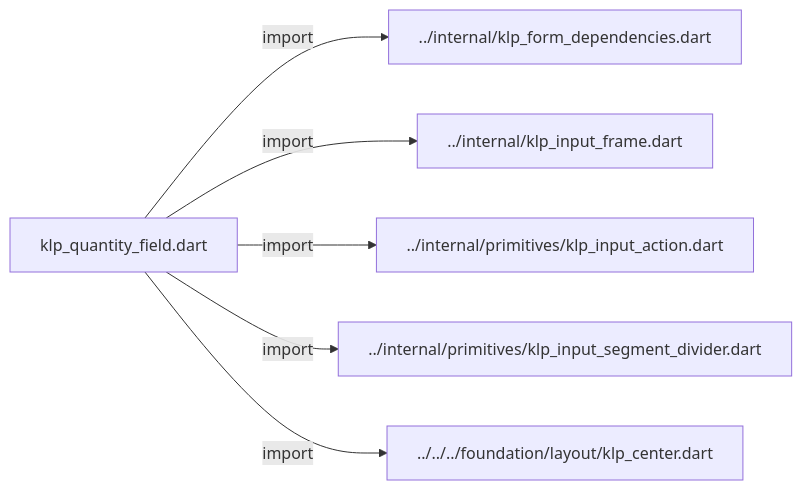
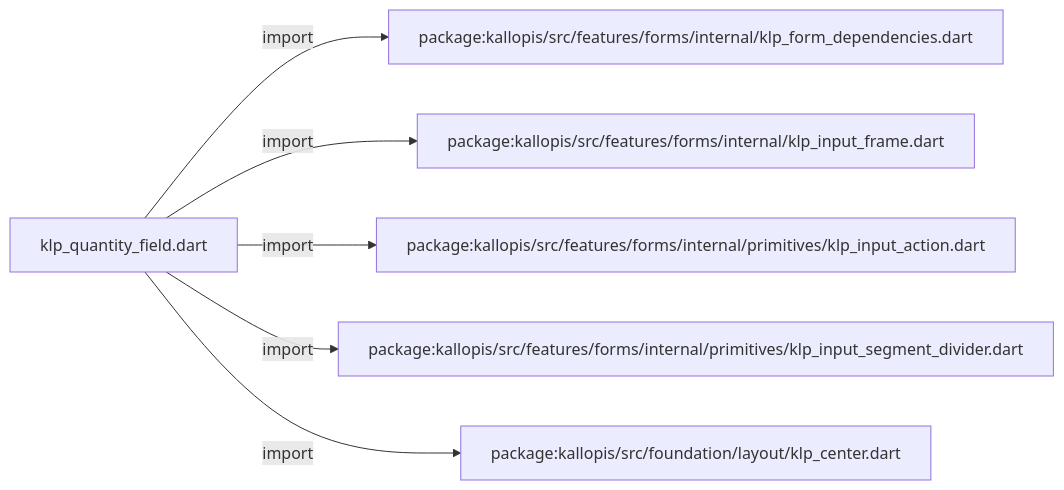
Before and after one commit to MiuDog/Kallopis: the first of 3 diagrams in docs/architecture/src/features/forms/input/klp_quantity_field.md, drawn with Mermaid. The commit also changed other lines of this file and 9688 other files, not shown here.

Commit message:
Prepare isolated Flow F2 peer baseline

````diff
--- a/docs/architecture/src/features/forms/input/klp_quantity_field.md
+++ b/docs/architecture/src/features/forms/input/klp_quantity_field.md
@@ -11,14 +11,14 @@
 ```mermaid
 flowchart LR
 	n0["klp_quantity_field.dart"]
-	n1["../internal/klp_form_dependencies.dart"]
-	n2["../internal/klp_input_frame.dart"]
-	n3["../internal/primitives/klp_input_action.dart"]
-	n4["../internal/primitives/klp_input_segment_divider.dart"]
-	n5["../../../foundation/layout/klp_center.dart"]
+	n1["package:kallopis/src/features/forms/internal/klp_form_dependencies.dart"]
+	n2["package:kallopis/src/features/forms/internal/klp_input_frame.dart"]
+	n3["package:kallopis/src/features/forms/internal/primitives/klp_input_action.dart"]
+	n4["package:kallopis/src/features/forms/internal/primitives/klp_input_segment_divider.dart"]
+	n5["package:kallopis/src/foundation/layout/klp_center.dart"]
 	n0 -->|"import"| n1
 	n0 -->|"import"| n2
 	n0 -->|"import"| n3
 	n0 -->|"import"| n4
 	n0 -->|"import"| n5
 ```
````
